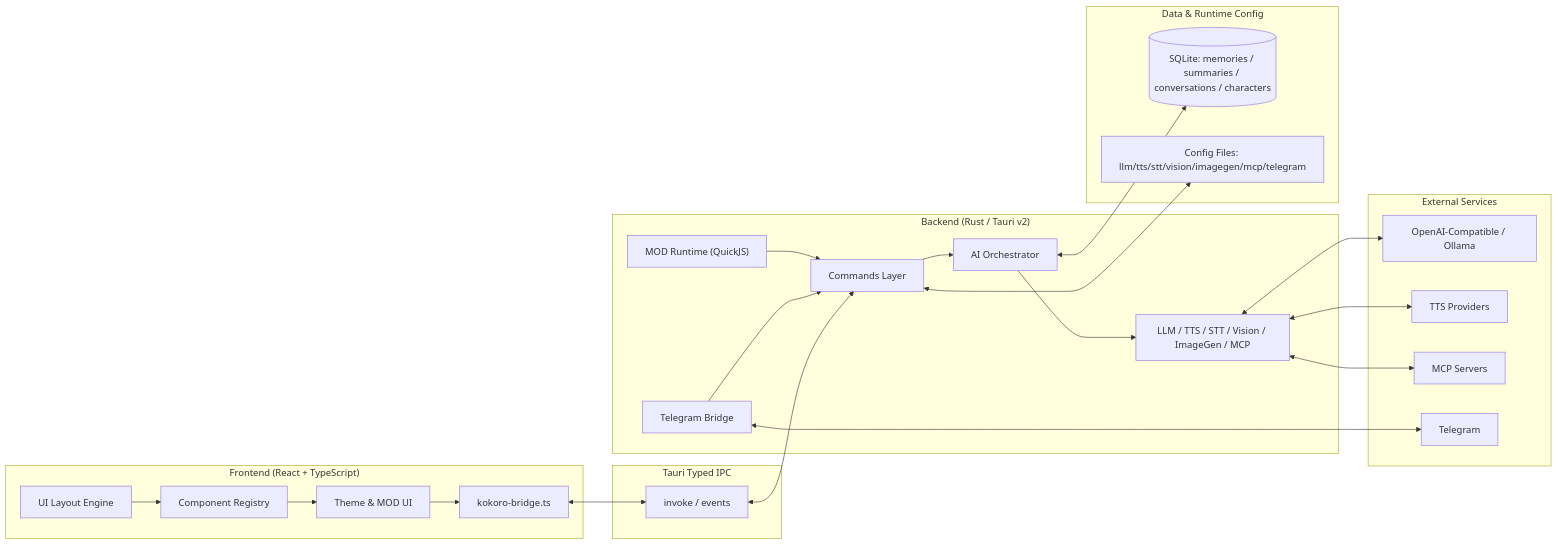
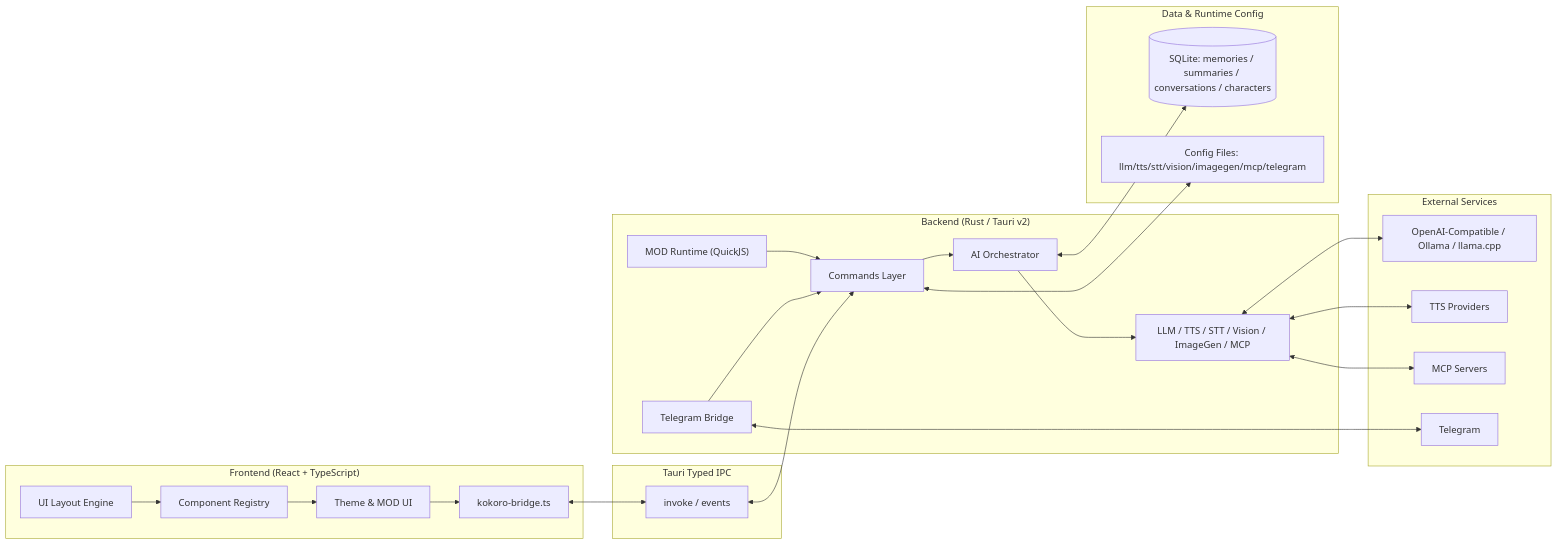
One commit to chyinan/Kokoro-Engine changed the diagram in README.md. Above: the diagram before and after it, drawn with Mermaid. The commit also changed other lines of this file and 4 other files, not shown here.

Commit message:
docs: add llama.cpp API support to READMEs

````diff
--- a/README.md
+++ b/README.md
@@ -129,51 +129,51 @@
 ```mermaid
 flowchart LR
   subgraph FE["Frontend (React + TypeScript)"]
     FE_UI["UI Layout Engine"]
     FE_REG["Component Registry"]
     FE_THEME["Theme & MOD UI"]
     FE_BRIDGE["kokoro-bridge.ts"]
     FE_UI --> FE_REG
     FE_REG --> FE_THEME
     FE_THEME --> FE_BRIDGE
   end
 
   subgraph IPC["Tauri Typed IPC"]
     IPC_INVOKE["invoke / events"]
   end
 
   subgraph BE["Backend (Rust / Tauri v2)"]
     BE_CMD["Commands Layer"]
     BE_ORCH["AI Orchestrator"]
     BE_MULTI["LLM / TTS / STT / Vision / ImageGen / MCP"]
     BE_MOD["MOD Runtime (QuickJS)"]
     BE_TG["Telegram Bridge"]
     BE_CMD --> BE_ORCH
     BE_ORCH --> BE_MULTI
     BE_MOD --> BE_CMD
     BE_TG --> BE_CMD
   end
 
   subgraph DATA["Data & Runtime Config"]
     DB[("SQLite: memories / summaries / conversations / characters")]
     CFG["Config Files: llm/tts/stt/vision/imagegen/mcp/telegram"]
   end
 
   subgraph EXT["External Services"]
-    EXT_LLM["OpenAI-Compatible / Ollama"]
+    EXT_LLM["OpenAI-Compatible / Ollama / llama.cpp"]
     EXT_TTS["TTS Providers"]
     EXT_MCP["MCP Servers"]
     EXT_TG["Telegram"]
   end
 
   FE_BRIDGE <--> IPC_INVOKE
   IPC_INVOKE <--> BE_CMD
 
   BE_MULTI <--> EXT_LLM
   BE_MULTI <--> EXT_TTS
   BE_MULTI <--> EXT_MCP
   BE_TG <--> EXT_TG
 
   BE_ORCH <--> DB
   BE_CMD <--> CFG
 ```
````
